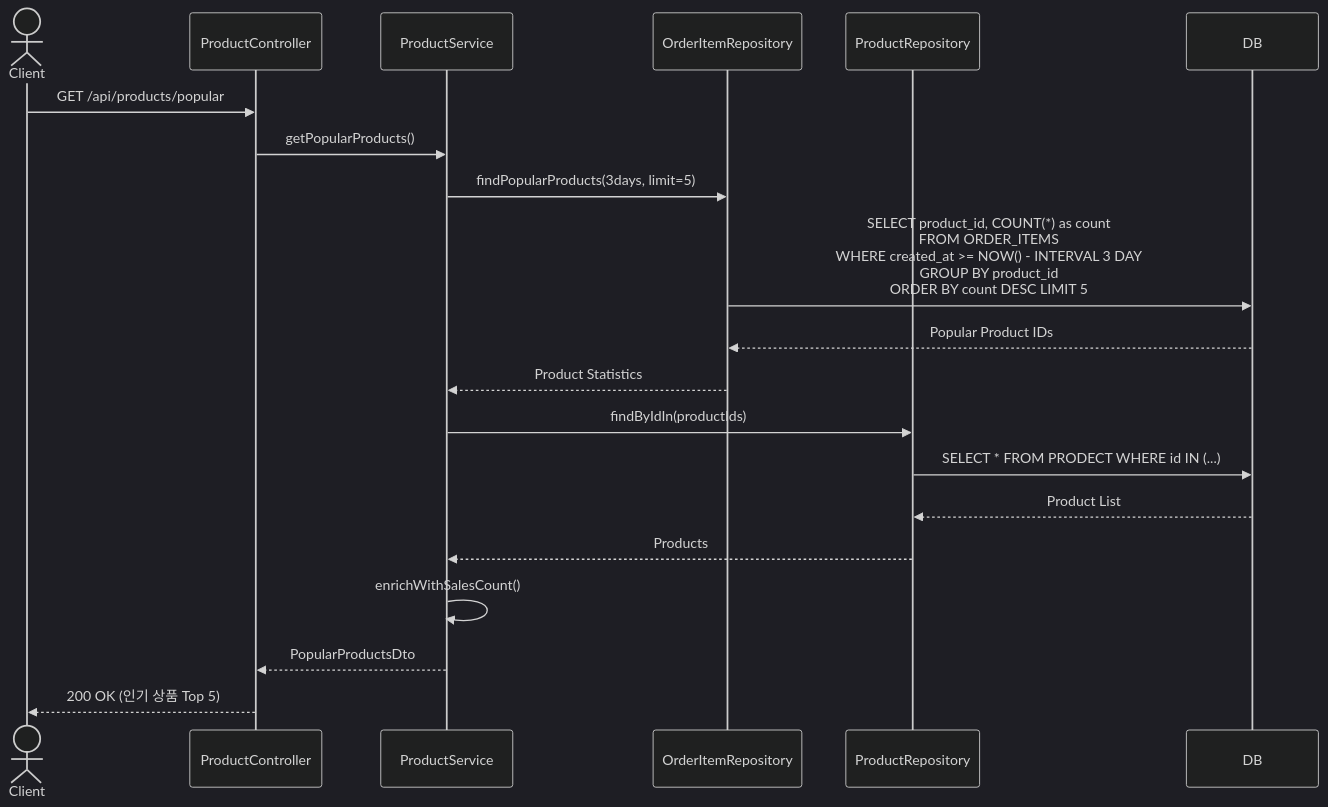
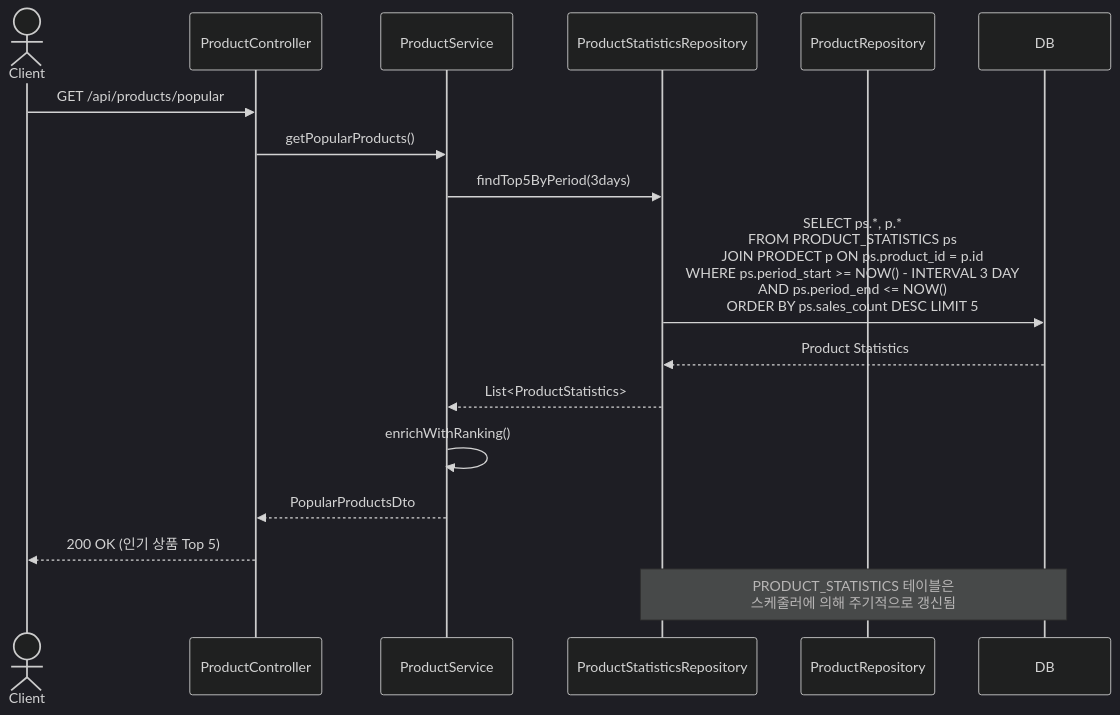
One commit to hensu2/hhplus-ecommerce changed the fourth of 21 diagrams in docs/sequence-diagrams.md. Above: the diagram before and after it, drawn with Mermaid (dark theme). The commit also changed other lines of this file and 48 other files, not shown here.

````diff
--- a/docs/sequence-diagrams.md
+++ b/docs/sequence-diagrams.md
@@ -246,25 +246,22 @@
 ```mermaid
 sequenceDiagram
     actor Client
     participant ProductController
     participant ProductService
-    participant OrderItemRepository
+    participant ProductStatisticsRepository
     participant ProductRepository
     participant DB
 
     Client->>ProductController: GET /api/products/popular
     ProductController->>ProductService: getPopularProducts()
-    ProductService->>OrderItemRepository: findPopularProducts(3days, limit=5)
-    OrderItemRepository->>DB: SELECT product_id, COUNT(*) as count<br/>FROM ORDER_ITEMS<br/>WHERE created_at >= NOW() - INTERVAL 3 DAY<br/>GROUP BY product_id<br/>ORDER BY count DESC LIMIT 5
-    DB-->>OrderItemRepository: Popular Product IDs
-    OrderItemRepository-->>ProductService: Product Statistics
+    ProductService->>ProductStatisticsRepository: findTop5ByPeriod(3days)
+    ProductStatisticsRepository->>DB: SELECT ps.*, p.*<br/>FROM PRODUCT_STATISTICS ps<br/>JOIN PRODECT p ON ps.product_id = p.id<br/>WHERE ps.period_start >= NOW() - INTERVAL 3 DAY<br/>AND ps.period_end <= NOW()<br/>ORDER BY ps.sales_count DESC LIMIT 5
+    DB-->>ProductStatisticsRepository: Product Statistics
+    ProductStatisticsRepository-->>ProductService: List<ProductStatistics>
 
-    ProductService->>ProductRepository: findByIdIn(productIds)
-    ProductRepository->>DB: SELECT * FROM PRODECT WHERE id IN (...)
-    DB-->>ProductRepository: Product List
-    ProductRepository-->>ProductService: Products
-
-    ProductService->>ProductService: enrichWithSalesCount()
+    ProductService->>ProductService: enrichWithRanking()
     ProductService-->>ProductController: PopularProductsDto
     ProductController-->>Client: 200 OK (인기 상품 Top 5)
+
+    Note over ProductStatisticsRepository,DB: PRODUCT_STATISTICS 테이블은<br/>스케줄러에 의해 주기적으로 갱신됨
 ```
````
